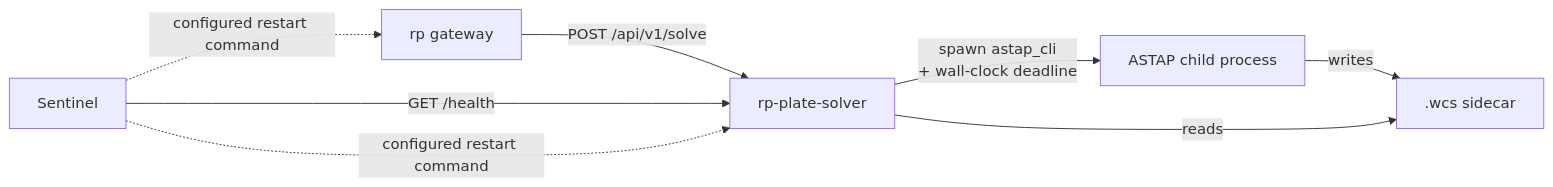
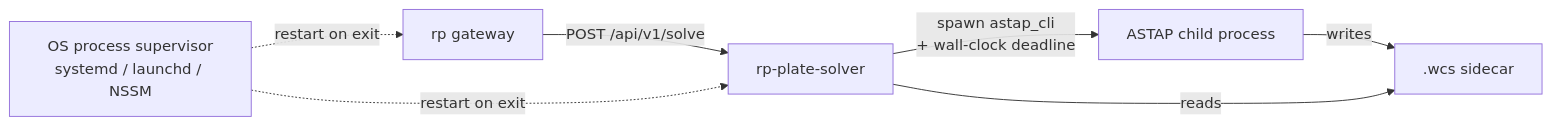
Before and after one commit to ivonnyssen/rusty-photon: the diagram in docs/services/rp-plate-solver.md, drawn with Mermaid. The commit also changed other lines of this file and 2 other files, not shown here.

````diff
--- a/docs/services/rp-plate-solver.md
+++ b/docs/services/rp-plate-solver.md
@@ -28,10 +28,9 @@
 ```mermaid
 graph LR
     rp[rp gateway] -->|"POST /api/v1/solve"| solver[rp-plate-solver]
     solver -->|"spawn astap_cli<br/>+ wall-clock deadline"| astap[ASTAP child process]
     astap -->|writes| wcs[".wcs sidecar"]
     solver -->|reads| wcs
-    sentinel[Sentinel] -->|"GET /health"| solver
-    sentinel -.->|configured restart command| solver
-    sentinel -.->|configured restart command| rp
+    supervisor[OS process supervisor<br/>systemd / launchd / NSSM] -.->|restart on exit| solver
+    supervisor -.->|restart on exit| rp
 ```
````
